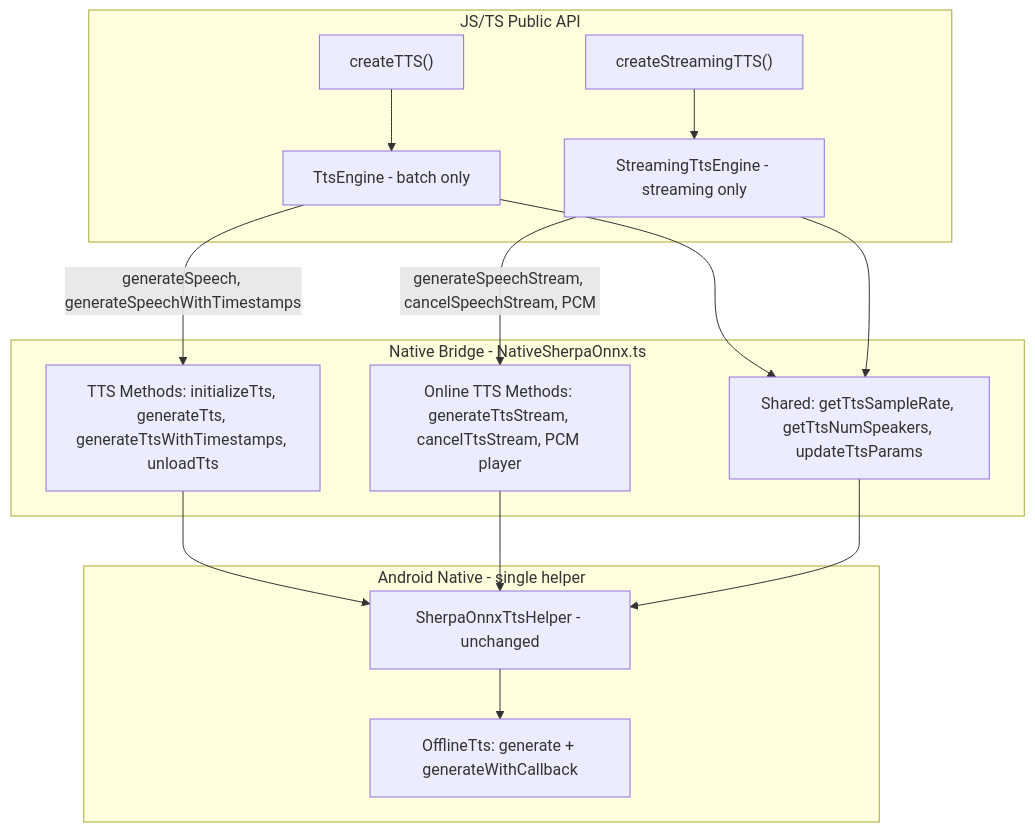
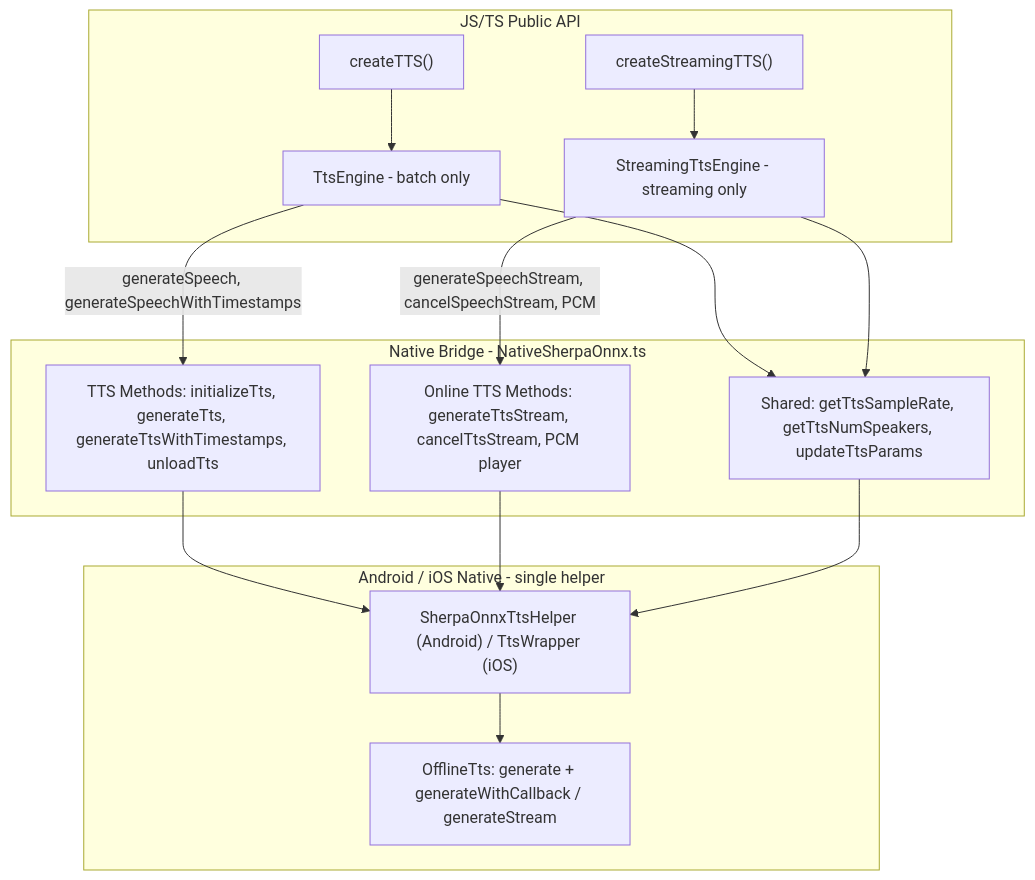
Before and after one commit to XDcobra/react-native-sherpa-onnx: the diagram in docs/tts_streaming.md, drawn with Mermaid. The commit also changed other lines of this file and 1 other file, not shown here.

Commit message:
feat(online_tts_ios): update TTS streaming implementation to unify native helper for Android and iOS, adding request ID support for event routing

````diff
--- a/docs/tts_streaming.md
+++ b/docs/tts_streaming.md
@@ -322,33 +322,33 @@
 ```mermaid
 graph TD
   subgraph jsLayer [JS/TS Public API]
     createTTS["createTTS()"]
     TtsEngine["TtsEngine - batch only"]
     createStreamingTTS["createStreamingTTS()"]
     StreamingTtsEngine["StreamingTtsEngine - streaming only"]
   end
 
   subgraph bridgeLayer [Native Bridge - NativeSherpaOnnx.ts]
     TtsBatchMethods["TTS Methods: initializeTts, generateTts, generateTtsWithTimestamps, unloadTts"]
     TtsStreamMethods["Online TTS Methods: generateTtsStream, cancelTtsStream, PCM player"]
     TtsSharedMethods["Shared: getTtsSampleRate, getTtsNumSpeakers, updateTtsParams"]
   end
 
-  subgraph androidLayer [Android Native - single helper]
-    TtsHelper["SherpaOnnxTtsHelper - unchanged"]
-    OfflineTts["OfflineTts: generate + generateWithCallback"]
+  subgraph nativeLayer [Android / iOS Native - single helper]
+    TtsHelper["SherpaOnnxTtsHelper (Android) / TtsWrapper (iOS)"]
+    OfflineTts["OfflineTts: generate + generateWithCallback / generateStream"]
   end
 
   createTTS --> TtsEngine
   TtsEngine -->|"generateSpeech, generateSpeechWithTimestamps"| TtsBatchMethods
   TtsEngine --> TtsSharedMethods
 
   createStreamingTTS --> StreamingTtsEngine
   StreamingTtsEngine -->|"generateSpeechStream, cancelSpeechStream, PCM"| TtsStreamMethods
   StreamingTtsEngine --> TtsSharedMethods
 
   TtsBatchMethods --> TtsHelper
   TtsStreamMethods --> TtsHelper
   TtsSharedMethods --> TtsHelper
   TtsHelper --> OfflineTts
 ```
````
